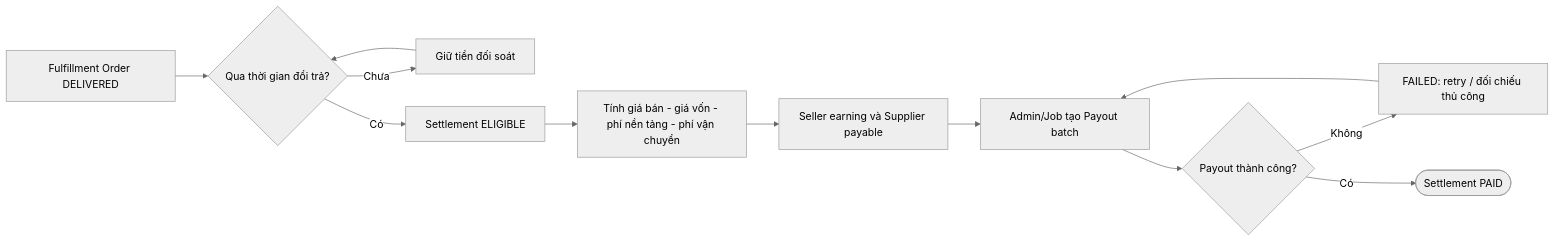
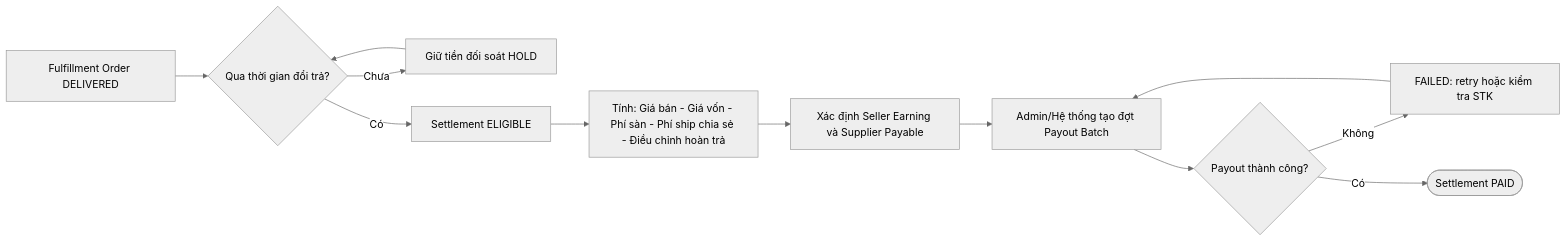
Before and after one commit to NguyenVoLyDo/Project-XD-and-PTPM: the fourth of 4 diagrams in docs/02-workflows.md, drawn with Mermaid (neutral theme). The commit also changed other lines of this file and 3 other files, not shown here.

````diff
--- a/docs/02-workflows.md
+++ b/docs/02-workflows.md
@@ -76,14 +111,14 @@
 ```mermaid
 flowchart LR
   A[Fulfillment Order DELIVERED] --> B{Qua thời gian đổi trả?}
-  B -- Chưa --> C[Giữ tiền đối soát]
+  B -- Chưa --> C[Giữ tiền đối soát HOLD]
   C --> B
   B -- Có --> D[Settlement ELIGIBLE]
-  D --> E[Tính giá bán - giá vốn - phí nền tảng - phí vận chuyển]
-  E --> F[Seller earning và Supplier payable]
-  F --> G[Admin/Job tạo Payout batch]
+  D --> E[Tính: Giá bán - Giá vốn - Phí sàn - Phí ship chia sẻ - Điều chỉnh hoàn trả]
+  E --> F[Xác định Seller Earning và Supplier Payable]
+  F --> G[Admin/Hệ thống tạo đợt Payout Batch]
   G --> H{Payout thành công?}
-  H -- Không --> I[FAILED: retry / đối chiếu thủ công]
+  H -- Không --> I[FAILED: retry hoặc kiểm tra STK]
   I --> G
   H -- Có --> J([Settlement PAID])
 ```
````
